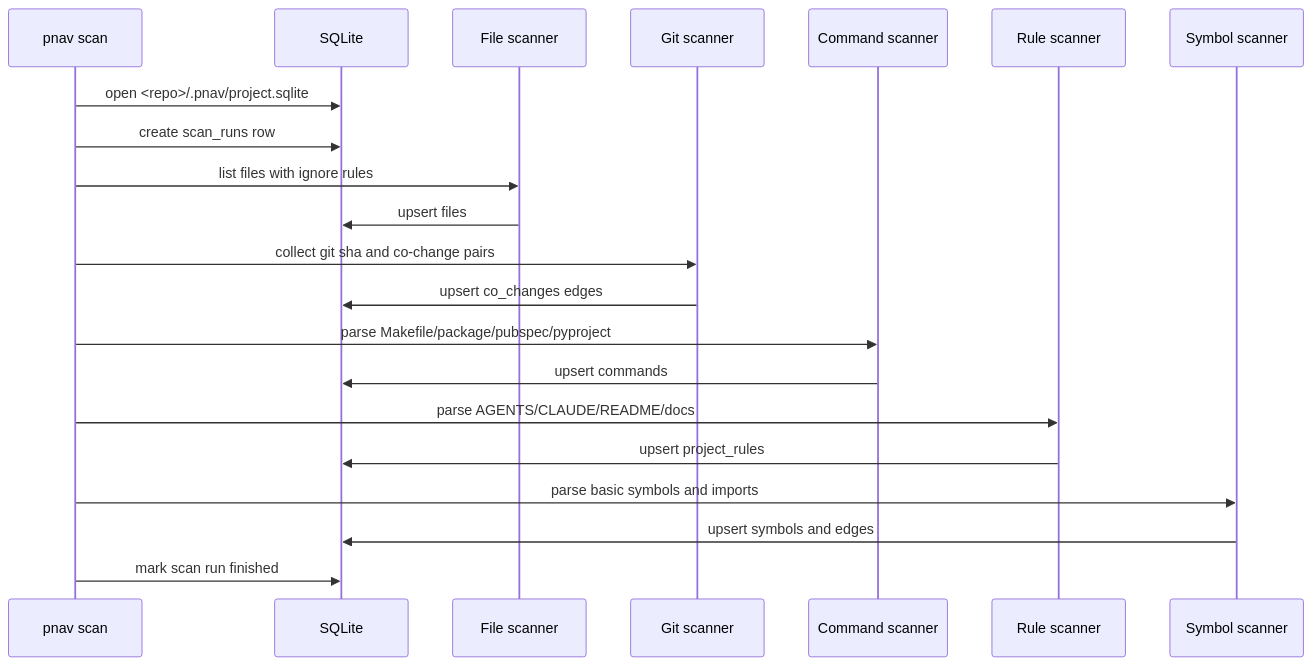
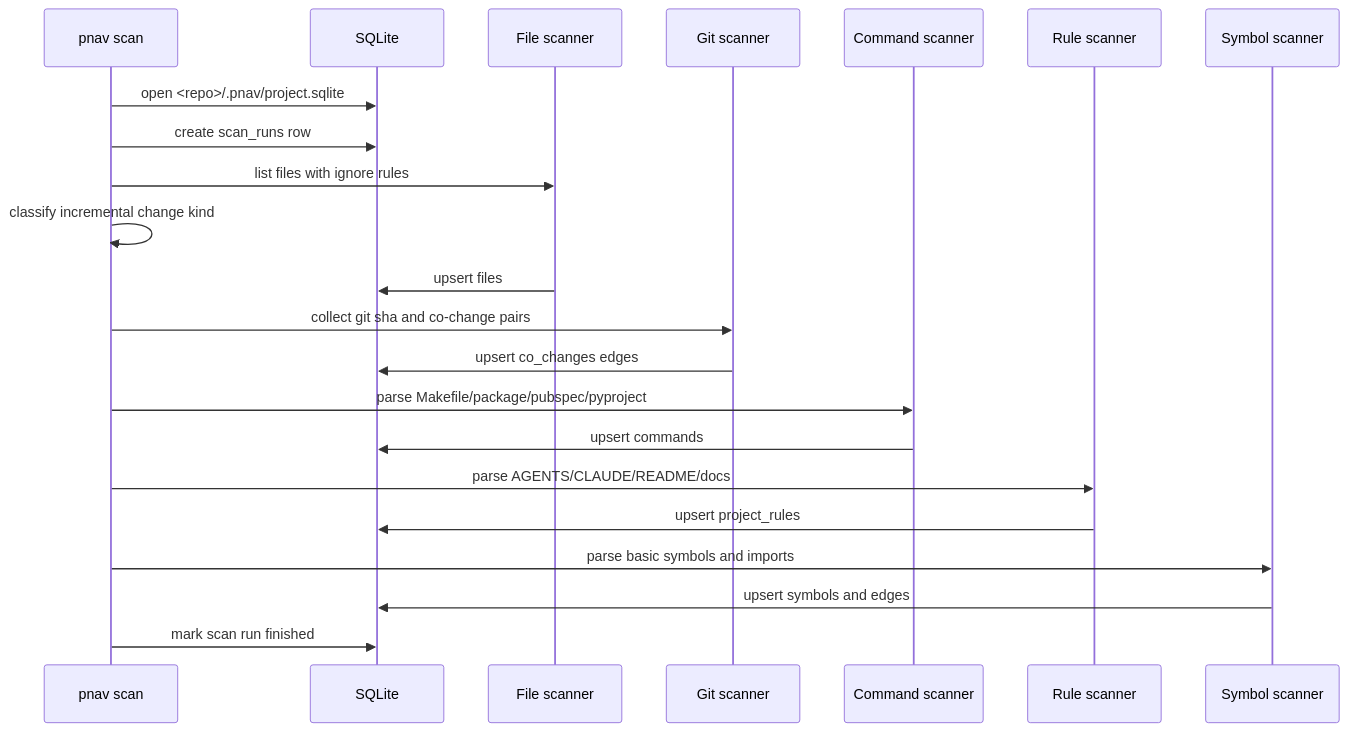
Before and after one commit to ValentinoWang/ProjectNavigatorMCP: the third of 3 diagrams in docs/architecture.md, drawn with Mermaid. The commit also changed other lines of this file and 30 other files, not shown here.

````diff
--- a/docs/architecture.md
+++ b/docs/architecture.md
@@ -162,24 +165,25 @@
 ```mermaid
 sequenceDiagram
   participant CLI as pnav scan
   participant DB as SQLite
   participant FS as File scanner
   participant Git as Git scanner
   participant Cmd as Command scanner
   participant Rules as Rule scanner
   participant Symbols as Symbol scanner
 
   CLI->>DB: open <repo>/.pnav/project.sqlite
   CLI->>DB: create scan_runs row
   CLI->>FS: list files with ignore rules
+  CLI->>CLI: classify incremental change kind
   FS->>DB: upsert files
   CLI->>Git: collect git sha and co-change pairs
   Git->>DB: upsert co_changes edges
   CLI->>Cmd: parse Makefile/package/pubspec/pyproject
   Cmd->>DB: upsert commands
   CLI->>Rules: parse AGENTS/CLAUDE/README/docs
   Rules->>DB: upsert project_rules
   CLI->>Symbols: parse basic symbols and imports
   Symbols->>DB: upsert symbols and edges
   CLI->>DB: mark scan run finished
 ```
````
